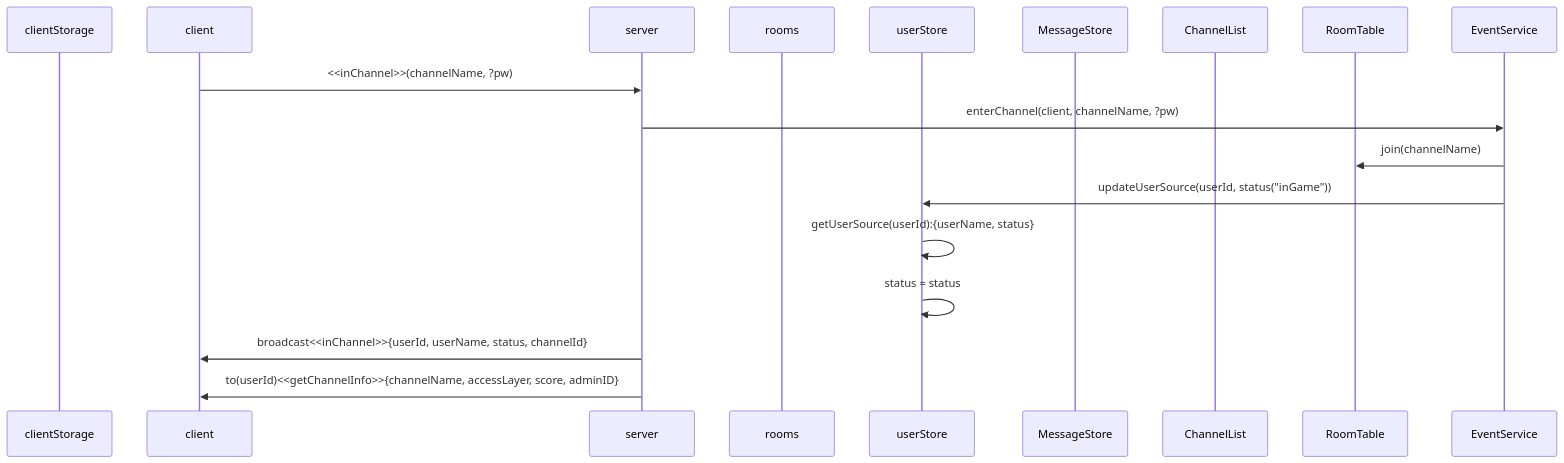
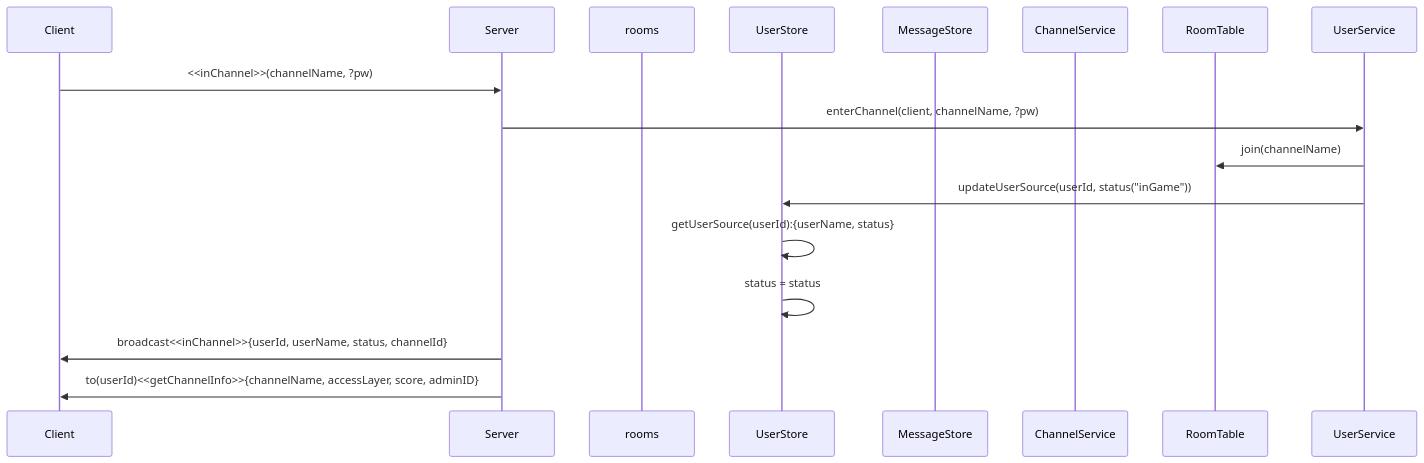
One commit to mtak0235/simmons_transcendence changed the third of 20 diagrams in backend/node/app/event.md. Above: the diagram before and after it, drawn with Mermaid. The commit also changed other lines of this file, not shown here.

Commit message:
refactor: 백엔드 소켓 시퀀스 다이어그램 순서 정리 & 요청 응답 값 구체화

````diff
--- a/backend/node/app/event.md
+++ b/backend/node/app/event.md
@@ -93,21 +186,20 @@
 ```mermaid
 sequenceDiagram
-participant cls as clientStorage
-participant c as client
-participant ga as server
+participant c as Client
+participant ga as Server
 participant r as rooms
-participant ss as userStore
+participant ss as UserStore
 participant ms as MessageStore
-participant cns as ChannelList
+participant cns as ChannelService
 participant rt as RoomTable
-participant cs as EventService
+participant us as UserService
 
 c->>ga: <<inChannel>>(channelName, ?pw)
-ga->>cs: enterChannel(client, channelName, ?pw)
-cs->>rt: join(channelName)
-cs->>ss: updateUserSource(userId, status("inGame"))
+ga->>us: enterChannel(client, channelName, ?pw)
+us->>rt: join(channelName)
+us->>ss: updateUserSource(userId, status("inGame"))
 ss->>ss: getUserSource(userId):{userName, status}
 ss->>ss: status = status
 ga->>c: broadcast<<inChannel>>{userId, userName, status, channelId}
 ga->>c: to(userId)<<getChannelInfo>>{channelName,  accessLayer, score, adminID}
 ```
````
